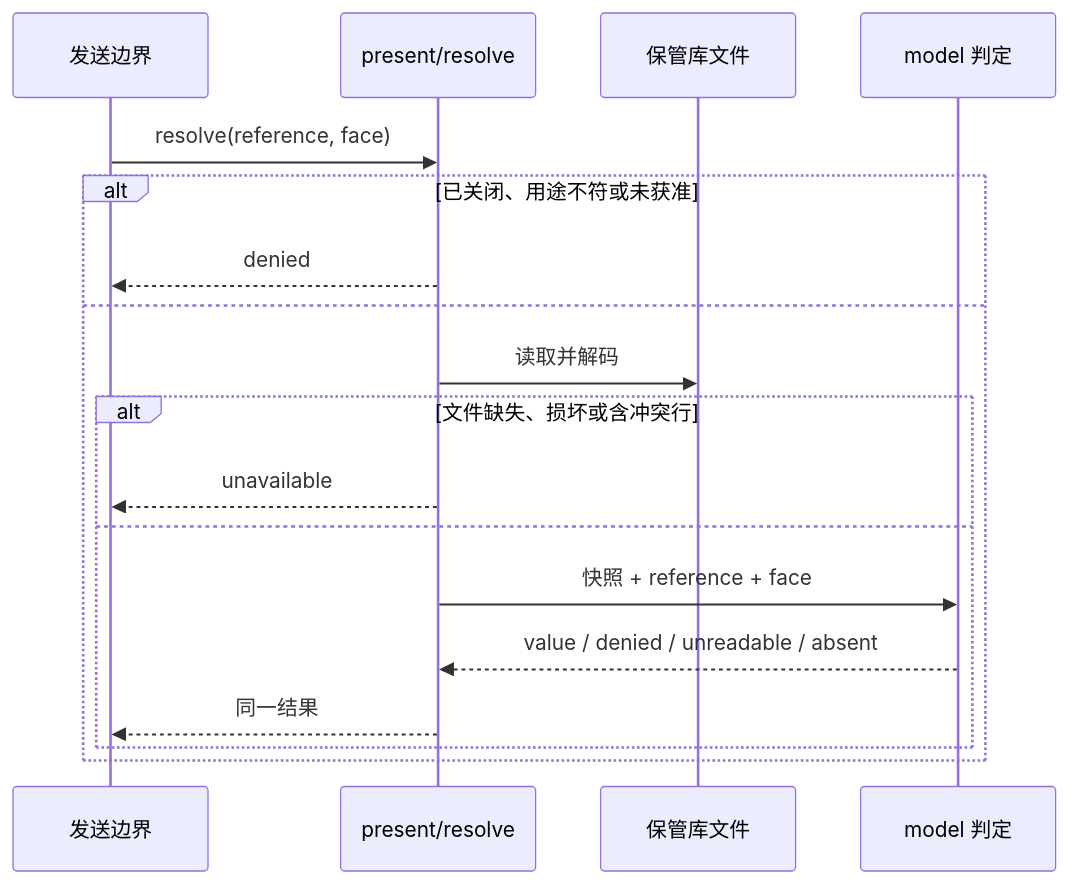
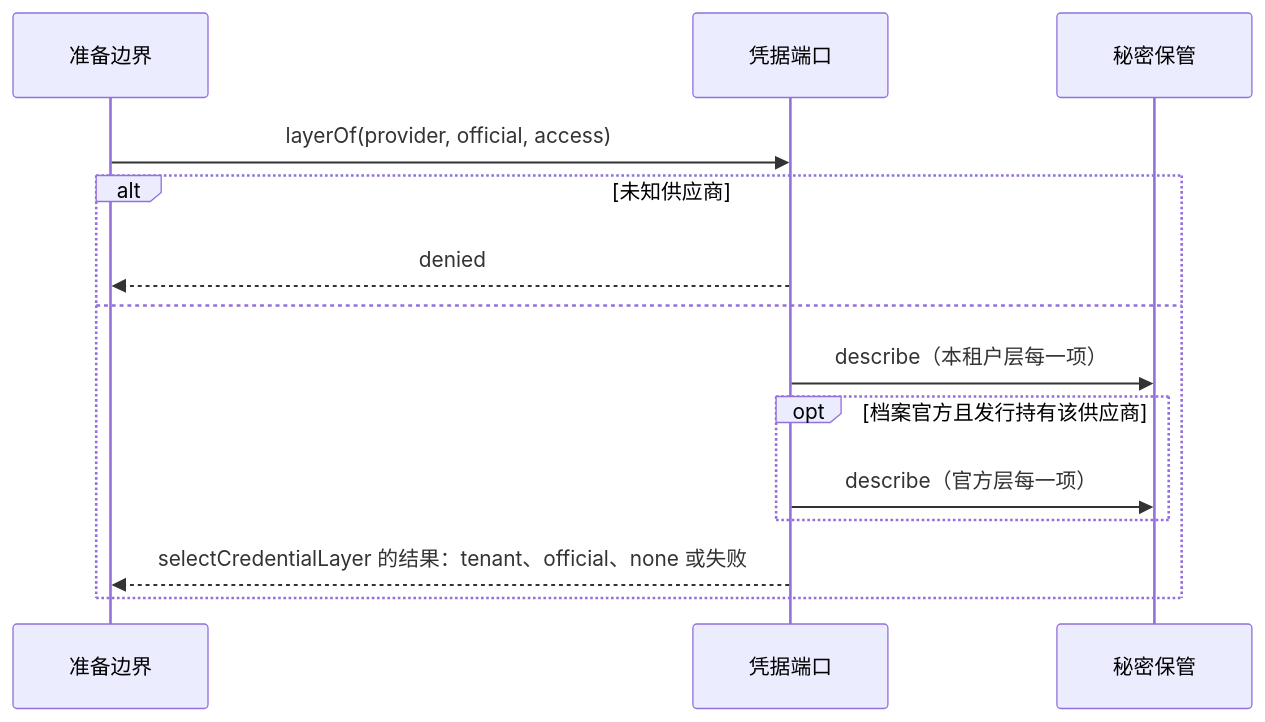
One commit to nemori-ai/omne-harness-lite changed the first of 2 diagrams in packages/model/model-host-local/docs/flows.md. Above: the diagram before and after it, drawn with Mermaid. The commit also changed other lines of this file and 333 other files, not shown here.

````diff
--- a/packages/model/model-host-local/docs/flows.md
+++ b/packages/model/model-host-local/docs/flows.md
@@ -9,20 +9,16 @@
 ```mermaid
 sequenceDiagram
-  participant Caller as 发送边界
-  participant Port as present/resolve
-  participant Disk as 保管库文件
-  participant Judge as model 判定
-  Caller->>Port: resolve(reference, face)
-  alt 已关闭、用途不符或未获准
+  participant Caller as 准备边界
+  participant Port as 凭据端口
+  participant Custody as 秘密保管
+  Caller->>Port: layerOf(provider, official, access)
+  alt 未知供应商
     Port-->>Caller: denied
   else
-    Port->>Disk: 读取并解码
-    alt 文件缺失、损坏或含冲突行
-      Port-->>Caller: unavailable
-    else
-      Port->>Judge: 快照 + reference + face
-      Judge-->>Port: value / denied / unreadable / absent
-      Port-->>Caller: 同一结果
+    Port->>Custody: describe（本租户层每一项）
+    opt 档案官方且发行持有该供应商
+      Port->>Custody: describe（官方层每一项）
     end
+    Port-->>Caller: selectCredentialLayer 的结果：tenant、official、none 或失败
   end
 ```
````
